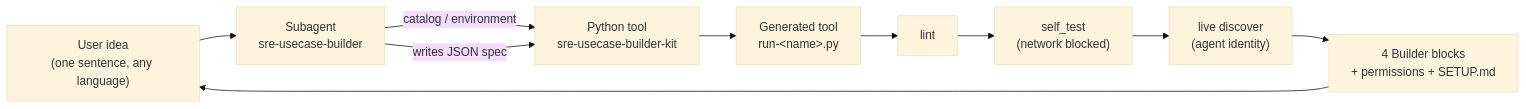
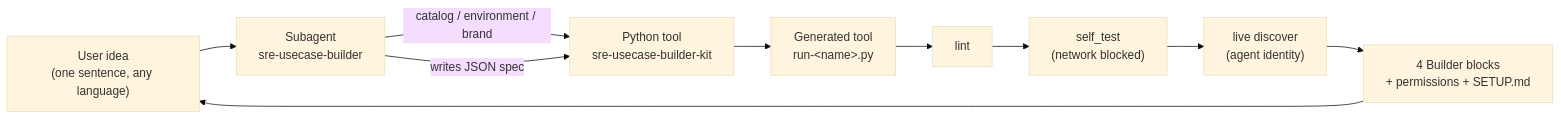
Before and after one commit to marioaguileraaa/sre-agent-use-cases: the diagram in case_0_v3/README.md, drawn with Mermaid (base theme). The commit also changed other lines of this file and 31 other files, not shown here.

````diff
--- a/case_0_v3/README.md
+++ b/case_0_v3/README.md
@@ -92,10 +92,10 @@
 ```mermaid
 flowchart LR
     U["User idea<br/>(one sentence, any language)"] --> A["Subagent<br/>sre-usecase-builder"]
-    A -- "catalog / environment" --> K["Python tool<br/>sre-usecase-builder-kit"]
+    A -- "catalog / environment / brand" --> K["Python tool<br/>sre-usecase-builder-kit"]
     A -- "writes JSON spec" --> K
     K --> G["Generated tool<br/>run-&lt;name&gt;.py"]
     G --> L["lint"] --> S["self_test<br/>(network blocked)"] --> D["live discover<br/>(agent identity)"]
     D --> B["4 Builder blocks<br/>+ permissions + SETUP.md"]
     B --> U
 ```
````
